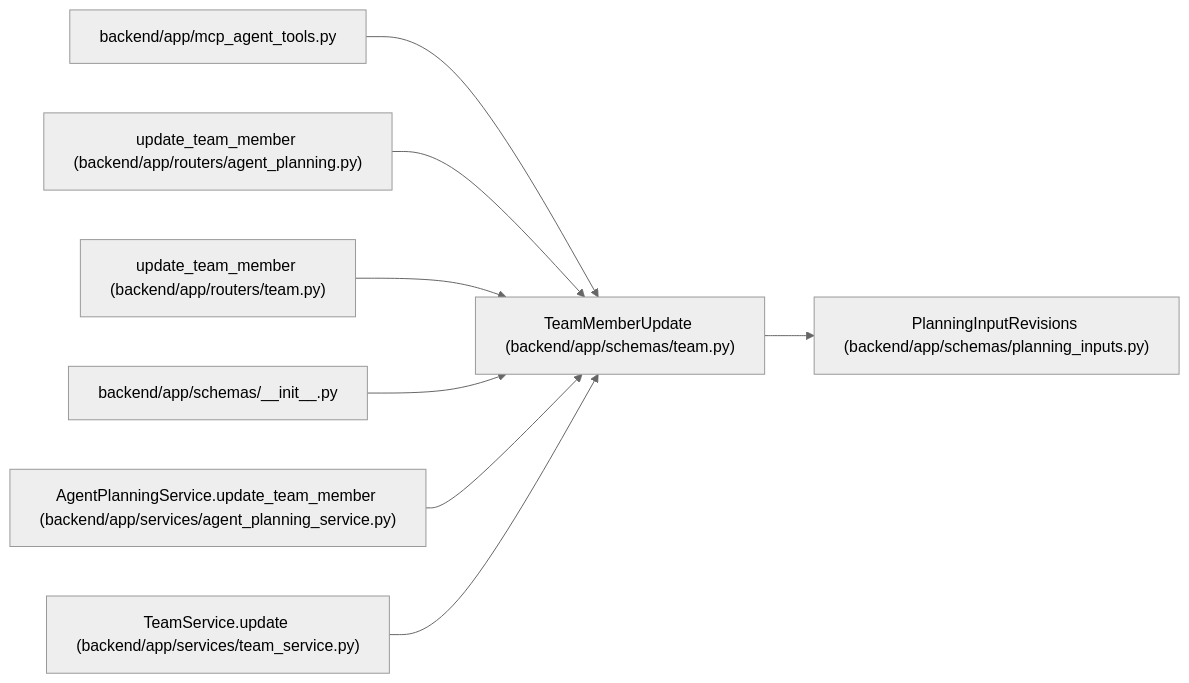
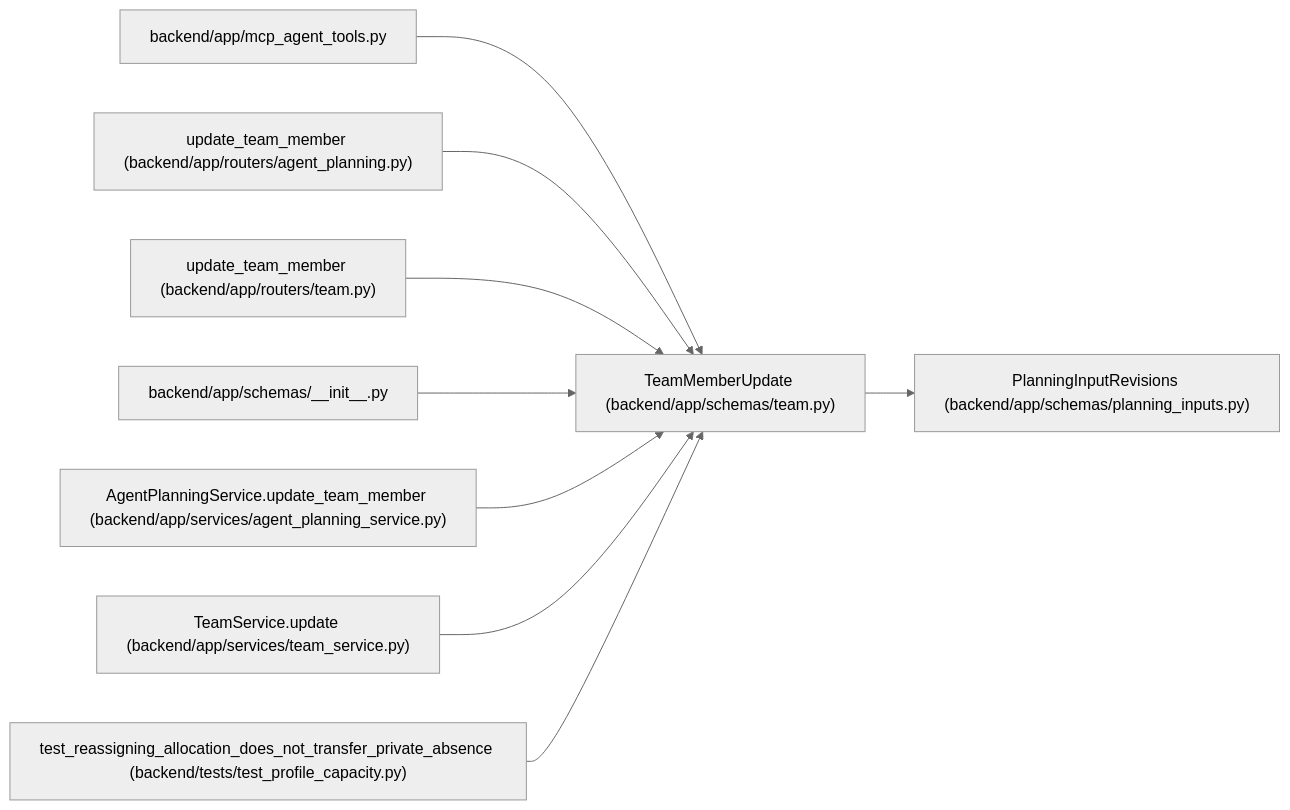
One commit to Denissvgn/WorkChord changed the diagram in docs/llm_wiki/entities/TeamMemberUpdate.md. Above: the diagram before and after it, drawn with Mermaid (neutral theme). The commit also changed other lines of this file and 1888 other files, not shown here.

````diff
--- a/docs/llm_wiki/entities/TeamMemberUpdate.md
+++ b/docs/llm_wiki/entities/TeamMemberUpdate.md
@@ -31,26 +31,29 @@
 ```mermaid
 flowchart LR
     n0["TeamMemberUpdate (backend/app/schemas/team.py)"]
     n1["PlanningInputRevisions (backend/app/schemas/planning_inputs.py)"]
     n2["backend/app/mcp_agent_tools.py"]
     n3["update_team_member (backend/app/routers/agent_planning.py)"]
     n4["update_team_member (backend/app/routers/team.py)"]
     n5["backend/app/schemas/__init__.py"]
     n6["AgentPlanningService.update_team_member (backend/app/services/agent_planning_service.py)"]
     n7["TeamService.update (backend/app/services/team_service.py)"]
+    n8["test_reassigning_allocation_does_not_transfer_private_absence (backend/tests/test_profile_capacity.py)"]
     n0 --> n1
     n2 --> n0
     n3 --> n0
     n4 --> n0
     n5 --> n0
     n6 --> n0
     n7 --> n0
+    n8 --> n0
     click n0 "../modules/schemas_team.md"
     click n1 "../modules/planning_inputs.md"
     click n2 "../modules/mcp_agent_tools.md"
     click n3 "../modules/routers_agent_planning.md"
     click n4 "../modules/routers_team.md"
     click n5 "../modules/schemas___init__.md"
     click n6 "../modules/agent_planning_service.md"
     click n7 "../modules/team_service.md"
+    click n8 "../modules/test_profile_capacity.md"
 ```
````
